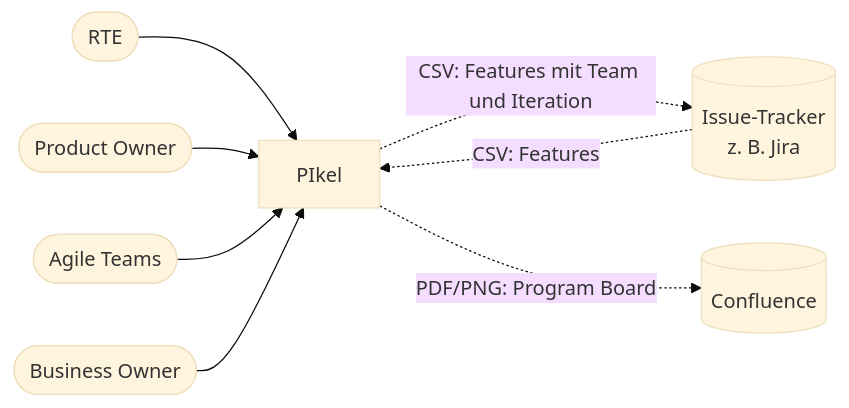
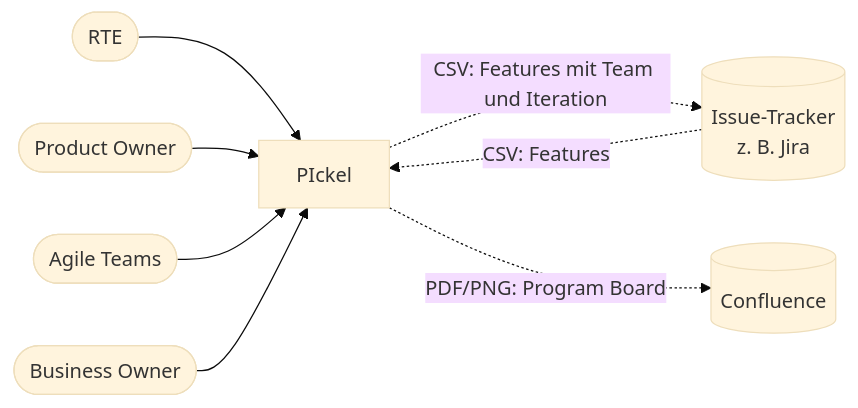
One commit to LukasW/PIckel changed the first of 5 diagrams in docs/arc42.md. Above: the diagram before and after it, drawn with Mermaid (base theme). The commit also changed other lines of this file and 337 other files, not shown here.

````diff
--- a/docs/arc42.md
+++ b/docs/arc42.md
@@ -68,10 +68,10 @@
 ```mermaid
 flowchart LR
-    rte([RTE]) --> pikel[PIkel]
-    po([Product Owner]) --> pikel
-    team([Agile Teams]) --> pikel
-    bo([Business Owner]) --> pikel
-    tracker[(Issue-Tracker\nz. B. Jira)] -. "CSV: Features" .-> pikel
-    pikel -. "CSV: Features mit Team und Iteration" .-> tracker
-    pikel -. "PDF/PNG: Program Board" .-> wiki[(Confluence)]
+    rte([RTE]) --> pickel[PIckel]
+    po([Product Owner]) --> pickel
+    team([Agile Teams]) --> pickel
+    bo([Business Owner]) --> pickel
+    tracker[(Issue-Tracker\nz. B. Jira)] -. "CSV: Features" .-> pickel
+    pickel -. "CSV: Features mit Team und Iteration" .-> tracker
+    pickel -. "PDF/PNG: Program Board" .-> wiki[(Confluence)]
 ```
````
